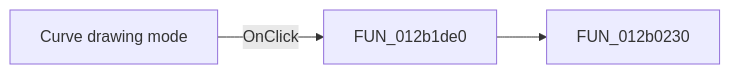
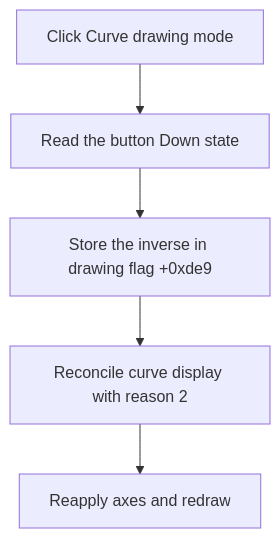
One commit to MovGP0/TIARA changed the diagram in docs/ui-controls/scopewin/line-dotspbtn-d00da3429d.md. Above: the diagram before and after it, drawn with Mermaid. The commit also changed other lines of this file and 1062 other files, not shown here.

````diff
--- a/docs/ui-controls/scopewin/line-dotspbtn-d00da3429d.md
+++ b/docs/ui-controls/scopewin/line-dotspbtn-d00da3429d.md
@@ -27,5 +29,7 @@
 ```mermaid
-flowchart LR
-    control["Curve drawing mode"] -->|OnClick| handler["FUN_012b1de0"]
-    handler --> call1["FUN_012b0230"]
+flowchart TD
+    control["Click Curve drawing mode"] --> down["Read the button Down state"]
+    down --> flag["Store the inverse in drawing flag +0xde9"]
+    flag --> update["Reconcile curve display with reason 2"]
+    update --> redraw["Reapply axes and redraw"]
 ```
````
